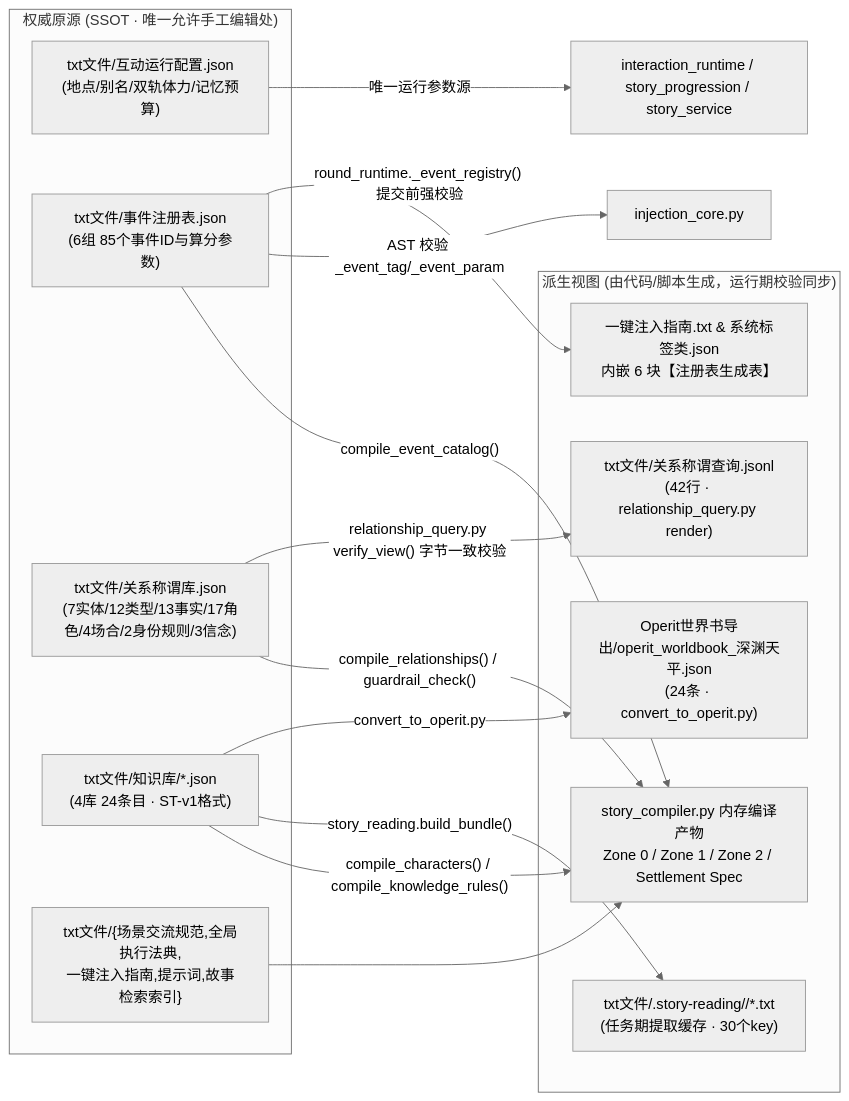
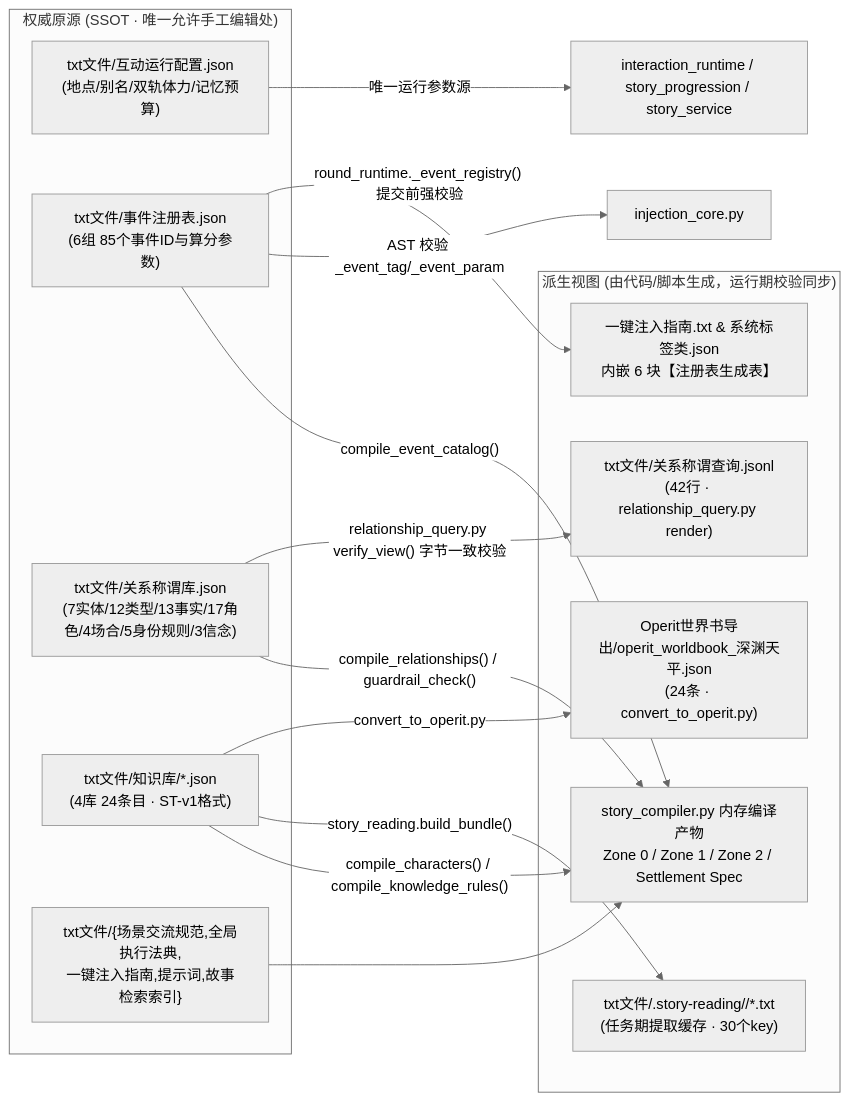
The diagram in 开发者功能/开发者说明/07_数据模型_SSOT与文件格式规范.md (yimisunan/huan-yi), drawn with Mermaid (neutral theme) before and after one commit. The commit also changed other lines of this file and 10 other files, not shown here.

````diff
--- a/开发者功能/开发者说明/07_数据模型_SSOT与文件格式规范.md
+++ b/开发者功能/开发者说明/07_数据模型_SSOT与文件格式规范.md
@@ -11,29 +11,29 @@
 ```mermaid
 flowchart LR
     subgraph Sources["权威原源 (SSOT · 唯一允许手工编辑处)"]
         CFG["txt文件/互动运行配置.json\n(地点/别名/双轨体力/记忆预算)"]
         EVT["txt文件/事件注册表.json\n(6组 85个事件ID与算分参数)"]
-        REL["txt文件/关系称谓库.json\n(7实体/12类型/13事实/17角色/4场合/2身份规则/3信念)"]
+        REL["txt文件/关系称谓库.json\n(7实体/12类型/13事实/17角色/4场合/5身份规则/3信念)"]
         KB["txt文件/知识库/*.json\n(4库 24条目 · ST-v1格式)"]
         RULES["txt文件/{场景交流规范,全局执行法典,\n一键注入指南,提示词,故事检索索引}"]
     end
 
     subgraph Derived["派生视图 (由代码/脚本生成，运行期校验同步)"]
         GUIDE_TBL["一键注入指南.txt & 系统标签类.json\n内嵌 6 块【注册表生成表】"]
         REL_JSONL["txt文件/关系称谓查询.jsonl\n(42行 · relationship_query.py render)"]
         OP_WB["Operit世界书导出/operit_worldbook_深渊天平.json\n(24条 · convert_to_operit.py)"]
         SR_CACHE["txt文件/.story-reading/<nonce>/*.txt\n(任务期提取缓存 · 30个key)"]
         ZONES["story_compiler.py 内存编译产物\nZone 0 / Zone 1 / Zone 2 / Settlement Spec"]
     end
 
     EVT -->|"round_runtime._event_registry() 提交前强校验"| GUIDE_TBL
     EVT -->|"AST 校验 _event_tag/_event_param"| IC["injection_core.py"]
     EVT -->|"compile_event_catalog()"| ZONES
     REL -->|"relationship_query.py verify_view() 字节一致校验"| REL_JSONL
     REL -->|"compile_relationships() / guardrail_check()"| ZONES
     KB -->|"convert_to_operit.py"| OP_WB
     KB -->|"story_reading.build_bundle()"| SR_CACHE
     KB -->|"compile_characters() / compile_knowledge_rules()"| ZONES
     RULES --> ZONES
     CFG -->|"唯一运行参数源"| RT["interaction_runtime / story_progression / story_service"]
 ```
````
